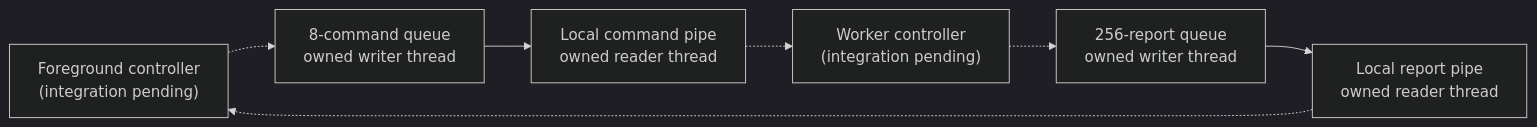
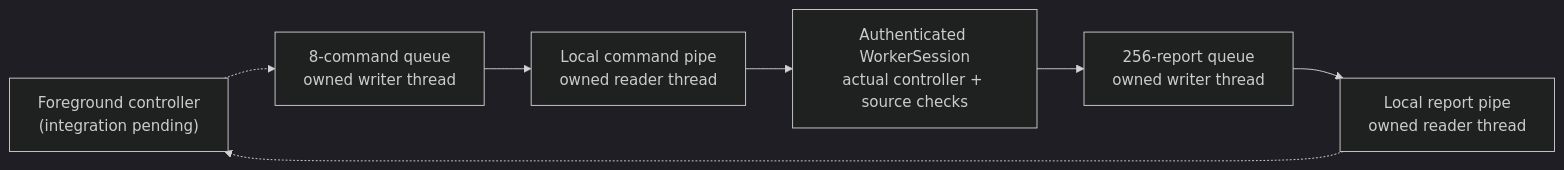
One commit to giodl73-repo/REEL changed the second of 4 diagrams in docs/installation-native-runtime-v1.md. Above: the diagram before and after it, drawn with Mermaid (dark theme). The commit also changed other lines of this file and 8 other files, not shown here.

Commit message:
feat: connect authenticated installation worker orchestration

````diff
--- a/docs/installation-native-runtime-v1.md
+++ b/docs/installation-native-runtime-v1.md
@@ -102,11 +103,11 @@
 ```mermaid
 flowchart LR
     accTitle: Separate one-way pipes isolate blocked command and report I/O
-    accDescr: A foreground controller and worker controller still need integration. Implemented bounded queues and owned I/O threads carry commands through one local pipe and reports back through another. Both actual worker pipe peers must match the PID held by the existing process runner.
+    accDescr: The foreground still needs integration. Bounded queues and owned I/O threads connect the local pipes to the authenticated worker session. Both actual worker pipe peers must match the PID held by the existing process runner.
     fg["Foreground controller<br/>(integration pending)"] -.-> cq["8-command queue<br/>owned writer thread"]
     cq --> cp["Local command pipe<br/>owned reader thread"]
-    cp -.-> worker["Worker controller<br/>(integration pending)"]
-    worker -.-> rq["256-report queue<br/>owned writer thread"]
+    cp --> worker["Authenticated WorkerSession<br/>actual controller + source checks"]
+    worker --> rq["256-report queue<br/>owned writer thread"]
     rq --> rp["Local report pipe<br/>owned reader thread"]
     rp -.-> fg
 ```
````
